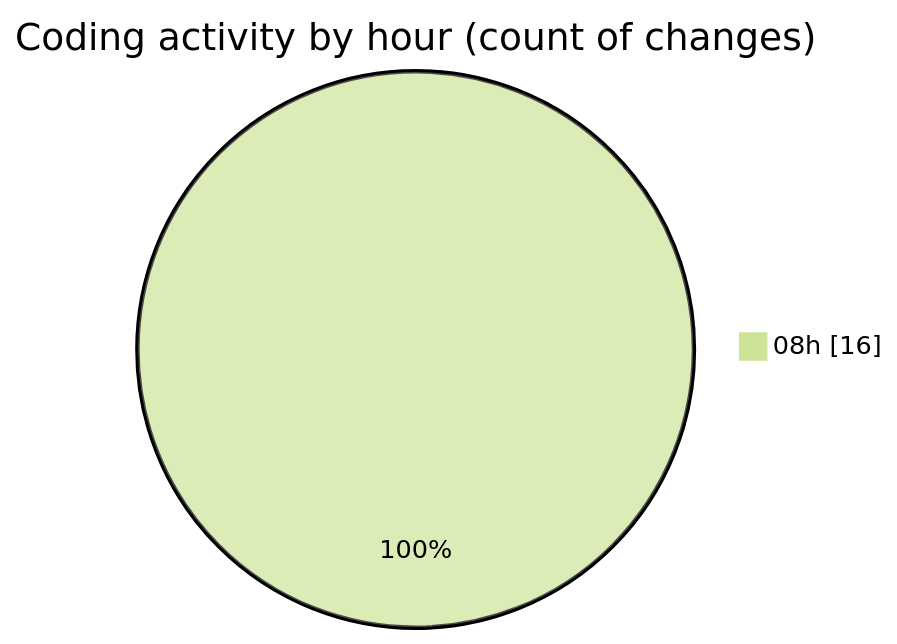
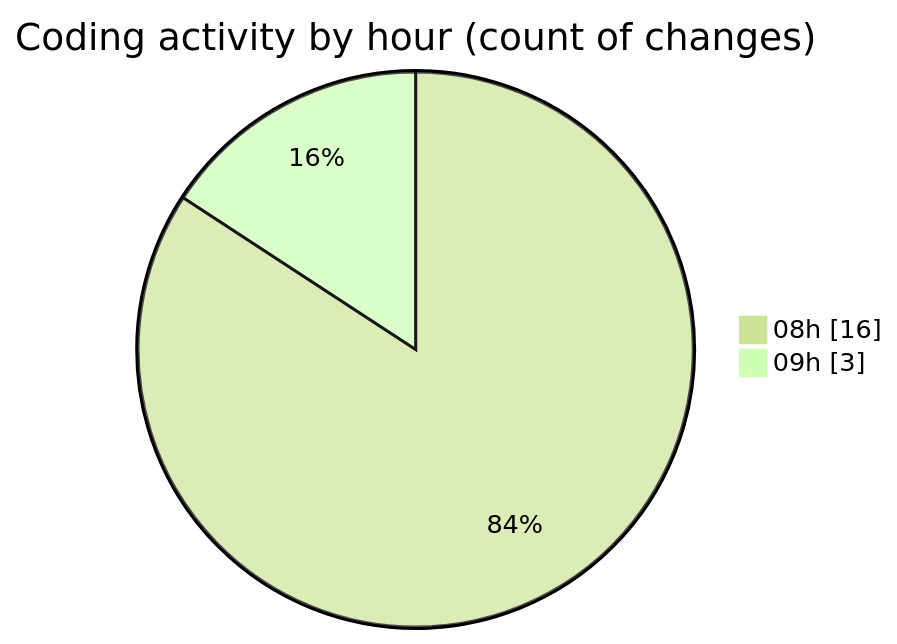
Before and after one commit to EIIisD/code-tracking: the second of 2 diagrams in 2025-07-25/cutler/README.md, drawn with Mermaid (forest theme). The commit also changed other lines of this file and 1 other file, not shown here.

````diff
--- a/2025-07-25/cutler/README.md
+++ b/2025-07-25/cutler/README.md
@@ -38,5 +39,6 @@
 ```mermaid
 pie showData
 title Coding activity by hour (count of changes)
 "08h" : 16
+"09h" : 3
 ```
````
